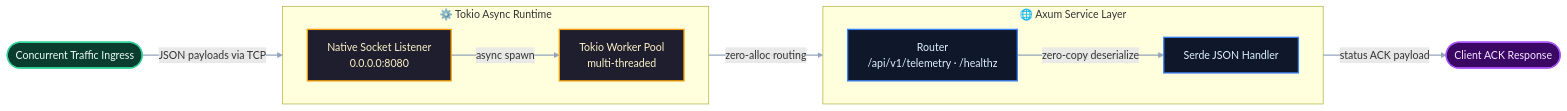
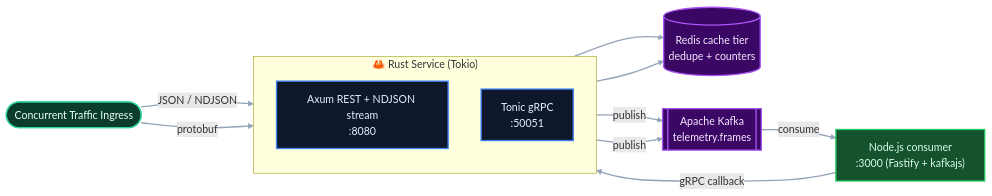
Before and after one commit to Jolaboy/distributed-core-systems: the diagram in README.md, drawn with Mermaid. The commit also changed other lines of this file and 26 other files, not shown here.

First line of the commit message:
feat: implement Redis cache, Kafka event bus, gRPC, NDJSON streaming, Node.js consumer & load tests

````diff
--- a/README.md
+++ b/README.md
@@ -7,30 +7,31 @@
 ```mermaid
 graph LR
     classDef ingress fill:#0b3d2e,stroke:#34d399,stroke-width:2px,color:#ecfdf5;
     classDef runtime fill:#1e1e2f,stroke:#f59e0b,stroke-width:2px,color:#fef3c7;
     classDef framework fill:#0f172a,stroke:#3b82f6,stroke-width:2px,color:#e0f2fe;
-    classDef egress fill:#3b0764,stroke:#a855f7,stroke-width:2px,color:#f5e8ff;
+    classDef store fill:#3b0764,stroke:#a855f7,stroke-width:2px,color:#f5e8ff;
+    classDef node fill:#14532d,stroke:#22c55e,stroke-width:2px,color:#dcfce7;
 
     A([Concurrent Traffic Ingress]):::ingress
-    F([Client ACK Response]):::egress
 
-    subgraph TOKIO["⚙️ Tokio Async Runtime"]
-        direction LR
-        B["Native Socket Listener<br/>0.0.0.0:8080"]:::runtime
-        C["Tokio Worker Pool<br/>multi-threaded"]:::runtime
+    subgraph RUST["🦀 Rust Service (Tokio)"]
+        direction TB
+        B["Axum REST + NDJSON stream<br/>:8080"]:::framework
+        G["Tonic gRPC<br/>:50051"]:::framework
     end
 
-    subgraph AXUM["🌐 Axum Service Layer"]
-        direction LR
-        D["Router<br/>/api/v1/telemetry · /healthz"]:::framework
-        E["Serde JSON Handler"]:::framework
-    end
+    R[("Redis cache tier<br/>dedupe + counters")]:::store
+    K[["Apache Kafka<br/>telemetry.frames"]]:::store
+    N["Node.js consumer<br/>:3000 (Fastify + kafkajs)"]:::node
 
-    A -->|JSON payloads via TCP| B
-    B -->|async spawn| C
-    C -->|zero-alloc routing| D
-    D -->|zero-copy deserialize| E
-    E -->|status ACK payload| F
+    A -->|JSON / NDJSON| B
+    A -->|protobuf| G
+    B --> R
+    G --> R
+    B -->|publish| K
+    G -->|publish| K
+    K -->|consume| N
+    N -->|gRPC callback| G
 
     linkStyle default stroke:#94a3b8,stroke-width:2px;
 ```
````
